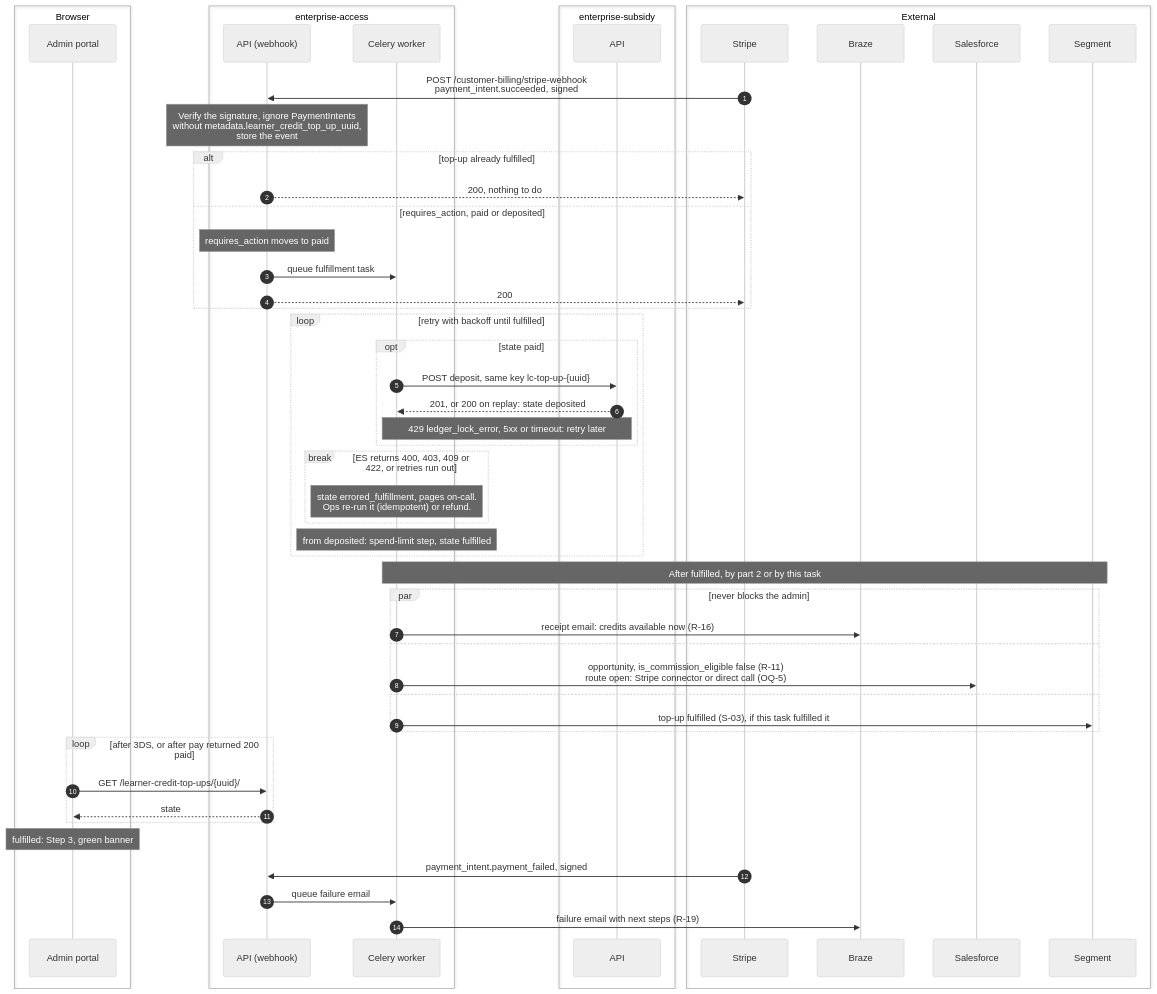
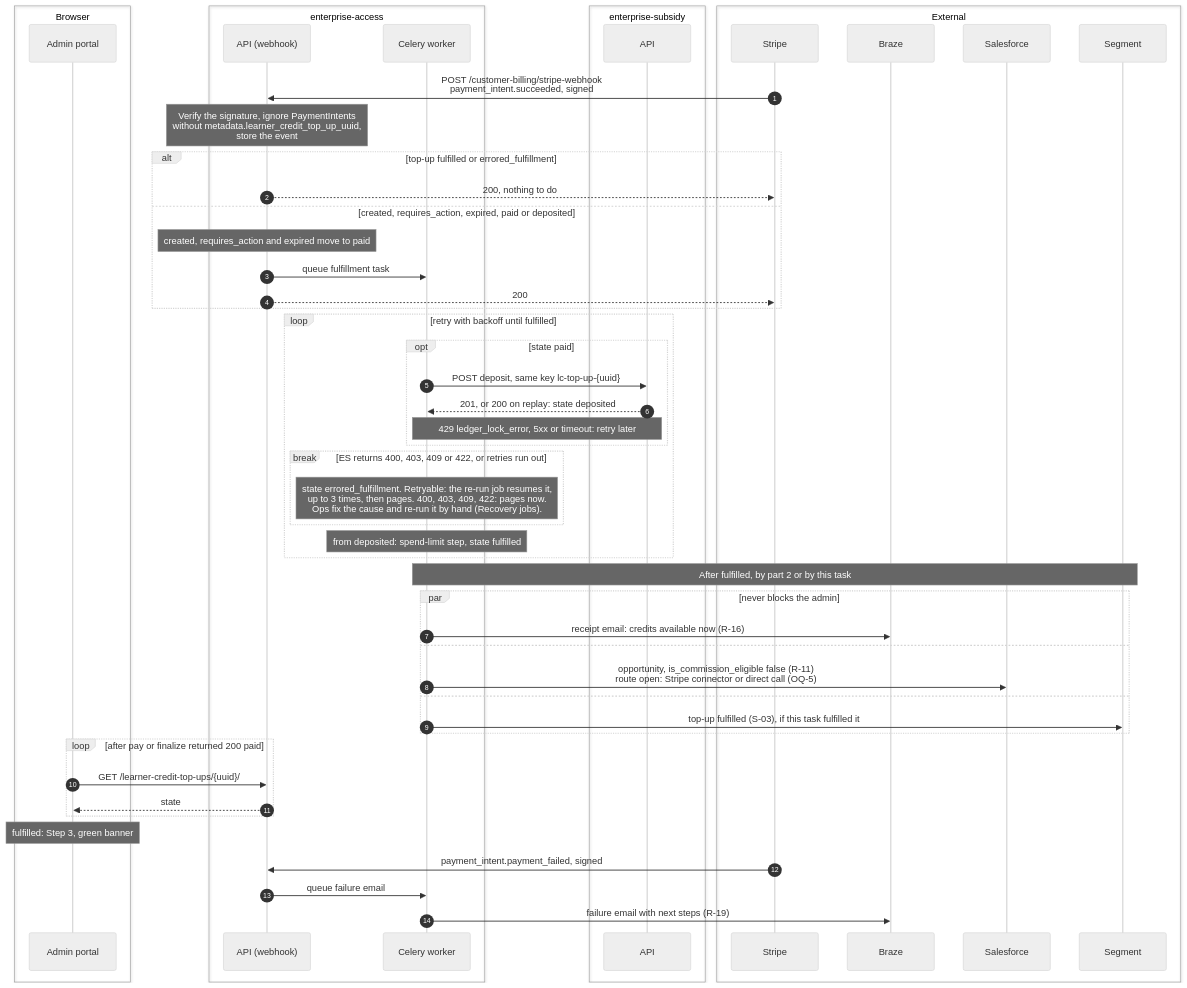
The fifth of 5 diagrams in docs/plans/tech-spec.md (edx/enterprise-access), drawn with Mermaid (neutral theme) before and after one commit. The commit also changed other lines of this file and 1 other file, not shown here.

````diff
--- a/docs/plans/tech-spec.md
+++ b/docs/plans/tech-spec.md
@@ -1028,61 +1154,61 @@
 ```mermaid
 sequenceDiagram
     autonumber
     box Browser
         participant AP as Admin portal
     end
     box enterprise-access
         participant EA as API (webhook)
         participant W as Celery worker
     end
     box enterprise-subsidy
         participant ES as API
     end
     box External
         participant ST as Stripe
         participant BR as Braze
         participant SF as Salesforce
         participant SG as Segment
     end
 
     ST->>EA: POST /customer-billing/stripe-webhook<br/>payment_intent.succeeded, signed
     Note over EA: Verify the signature, ignore PaymentIntents<br/>without metadata.learner_credit_top_up_uuid,<br/>store the event
-    alt top-up already fulfilled
+    alt top-up fulfilled or errored_fulfillment
         EA-->>ST: 200, nothing to do
-    else requires_action, paid or deposited
-        Note over EA: requires_action moves to paid
+    else created, requires_action, expired, paid or deposited
+        Note over EA: created, requires_action and expired move to paid
         EA->>W: queue fulfillment task
         EA-->>ST: 200
     end
 
     loop retry with backoff until fulfilled
         opt state paid
             W->>ES: POST deposit, same key lc-top-up-{uuid}
             ES-->>W: 201, or 200 on replay: state deposited
             Note over W,ES: 429 ledger_lock_error, 5xx or timeout: retry later
         end
         break ES returns 400, 403, 409 or 422, or retries run out
-            Note over W: state errored_fulfillment, pages on-call.<br/>Ops re-run it (idempotent) or refund.
+            Note over W: state errored_fulfillment. Retryable: the re-run job resumes it,<br/>up to 3 times, then pages. 400, 403, 409, 422: pages now.<br/>Ops fix the cause and re-run it by hand (Recovery jobs).
         end
         Note over W: from deposited: spend-limit step, state fulfilled
     end
 
     Note over W,SG: After fulfilled, by part 2 or by this task
     par never blocks the admin
         W->>BR: receipt email: credits available now (R-16)
     and
         W->>SF: opportunity, is_commission_eligible false (R-11)<br/>route open: Stripe connector or direct call (OQ-5)
     and
         W->>SG: top-up fulfilled (S-03), if this task fulfilled it
     end
 
-    loop after 3DS, or after pay returned 200 paid
+    loop after pay or finalize returned 200 paid
         AP->>EA: GET /learner-credit-top-ups/{uuid}/
         EA-->>AP: state
     end
     Note over AP: fulfilled: Step 3, green banner
 
     ST->>EA: payment_intent.payment_failed, signed
     EA->>W: queue failure email
     W->>BR: failure email with next steps (R-19)
 ```
````
